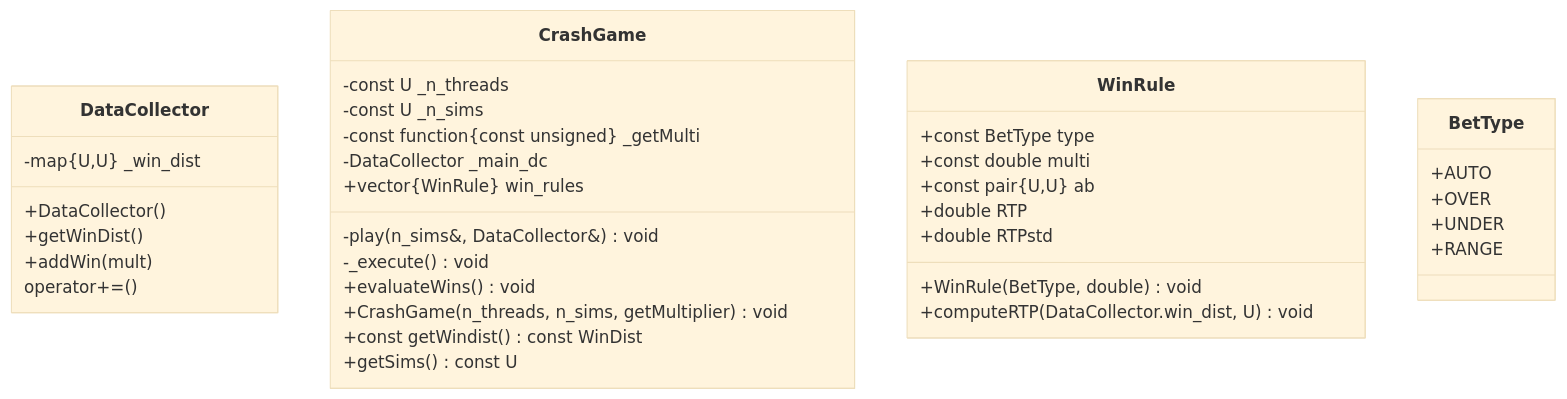
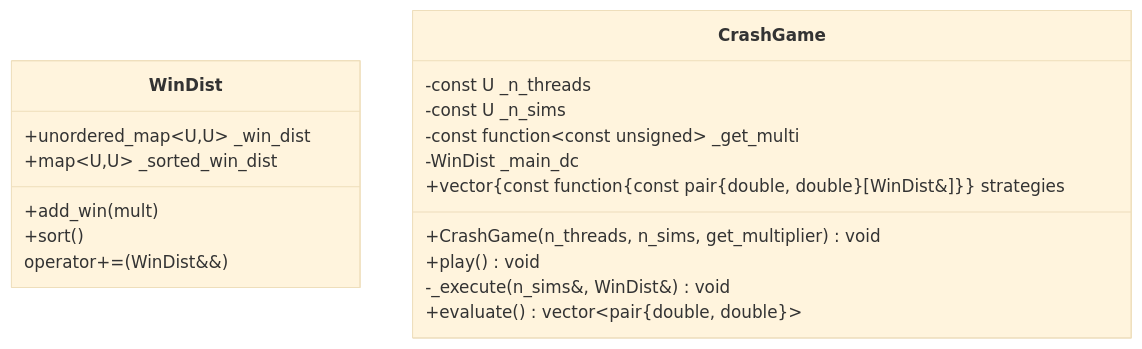
Before and after one commit to gnocchiarsugo/Crash-Game-Simulator: the diagram in README.md, drawn with Mermaid (base theme). The commit also changed other lines of this file and 15 other files, not shown here.

````diff
--- a/README.md
+++ b/README.md
@@ -4,34 +1,19 @@
 ```mermaid
 classDiagram
-    DataCollector : -map{U,U} _win_dist
-    DataCollector : +DataCollector()
-    DataCollector : +getWinDist()
-    DataCollector : +addWin(mult)
-    DataCollector : operator+=()
+    WinDist : +unordered_map~U,U~ _win_dist
+    WinDist : +map~U,U~ _sorted_win_dist
+    WinDist : +add_win(mult)
+    WinDist : +sort()
+    WinDist : operator+=(WinDist&&)
 
     CrashGame : -const U _n_threads
     CrashGame : -const U _n_sims
-    CrashGame : -const function{const unsigned} _getMulti
-    CrashGame : -DataCollector _main_dc
-    CrashGame : +vector{WinRule} win_rules
+    CrashGame : -const function~const unsigned~ _get_multi
+    CrashGame : -WinDist _main_dc
+    CrashGame : +vector{const function{const pair{double, double}[WinDist&]}} strategies
 
-    CrashGame : -play(n_sims&, DataCollector&) void
-    CrashGame : -_execute() void
-    CrashGame : +evaluateWins() void
-    CrashGame : +CrashGame(n_threads, n_sims, getMultiplier) void
-    CrashGame : +const getWindist() const WinDist
-    CrashGame : +getSims() const U
-
-    WinRule : +const BetType type
-    WinRule : +const double multi
-    WinRule : +const pair{U,U} ab
-    WinRule : +double RTP
-    WinRule : +double RTPstd
-    WinRule : +WinRule(BetType, double) void
-    WinRule : +computeRTP(DataCollector.win_dist, U) void
-
-    BetType : +AUTO
-    BetType : +OVER
-    BetType : +UNDER
-    BetType : +RANGE
+    CrashGame : +CrashGame(n_threads, n_sims, get_multiplier) void
+    CrashGame : +play() void
+    CrashGame : -_execute(n_sims&, WinDist&) void
+    CrashGame : +evaluate() vector~pair{double, double}~
 ```
````
